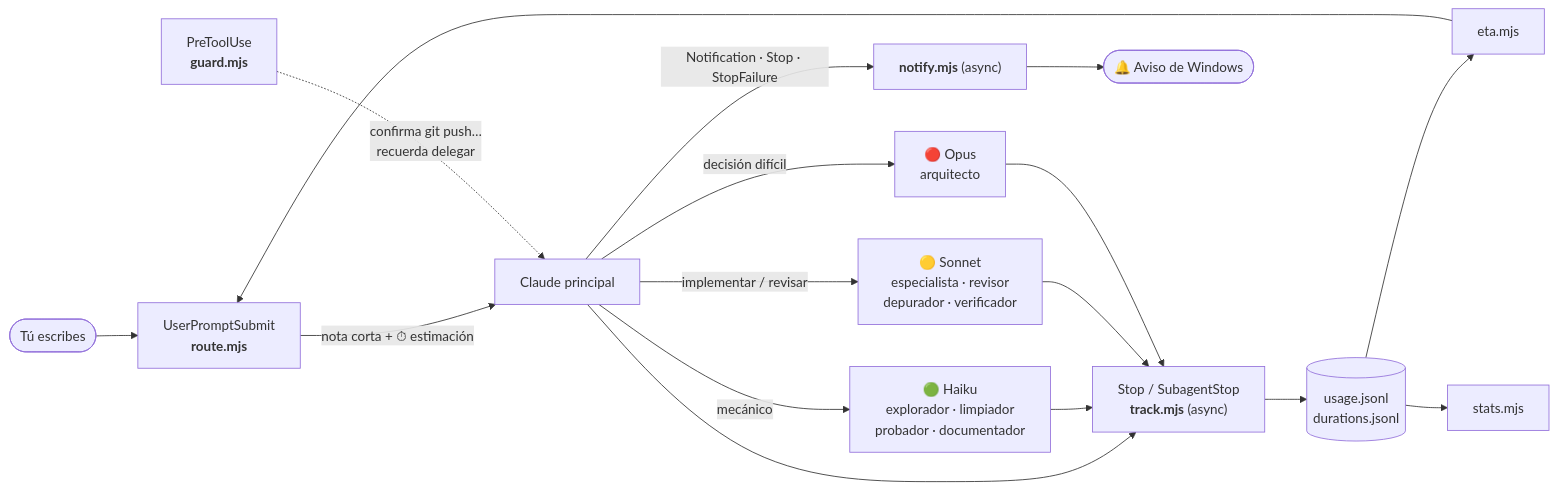
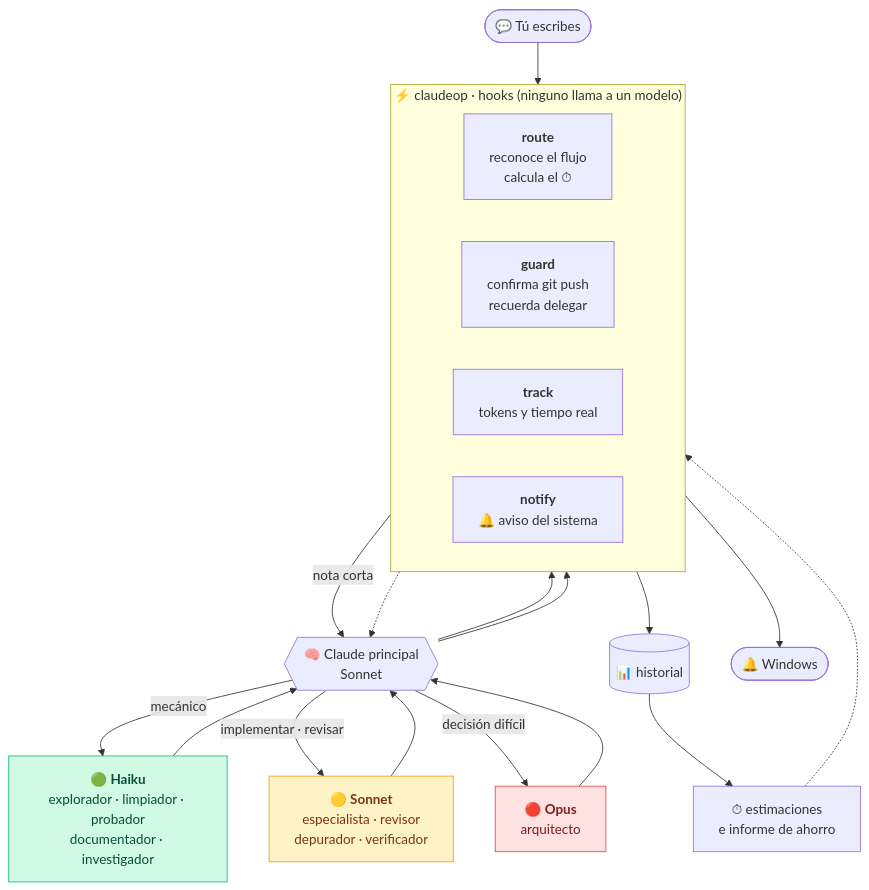
The diagram in README.md (Ivankirito22/ClaudeOP), drawn with Mermaid before and after one commit. The commit also changed other lines of this file and 25 other files, not shown here.

````diff
--- a/README.md
+++ b/README.md
@@ -288,19 +92,34 @@
 ```mermaid
-flowchart LR
-  U([Tú escribes]) --> R["UserPromptSubmit<br/><b>route.mjs</b>"]
-  R -- "nota corta + ⏱ estimación" --> C["Claude principal"]
-  C -- "mecánico" --> H["🟢 Haiku<br/>explorador · limpiador<br/>probador · documentador"]
-  C -- "implementar / revisar" --> S["🟡 Sonnet<br/>especialista · revisor<br/>depurador · verificador"]
-  C -- "decisión difícil" --> O["🔴 Opus<br/>arquitecto"]
-  G["PreToolUse<br/><b>guard.mjs</b>"] -. "confirma git push…<br/>recuerda delegar" .-> C
-  C --> T["Stop / SubagentStop<br/><b>track.mjs</b> (async)"]
-  H --> T
-  S --> T
-  O --> T
-  T --> L[("usage.jsonl<br/>durations.jsonl")]
-  L --> E["eta.mjs"]
-  E --> R
-  L --> ST["stats.mjs"]
-  C -- "Notification · Stop · StopFailure" --> N["<b>notify.mjs</b> (async)"]
-  N --> W(["🔔 Aviso de Windows"])
+flowchart TB
+  U(["💬 Tú escribes"]) --> R
+
+  subgraph PLUGIN ["⚡ claudeop · hooks (ninguno llama a un modelo)"]
+    direction LR
+    R["<b>route</b><br/>reconoce el flujo<br/>calcula el ⏱"]
+    G["<b>guard</b><br/>confirma git push<br/>recuerda delegar"]
+    T["<b>track</b><br/>tokens y tiempo real"]
+    N["<b>notify</b><br/>🔔 aviso del sistema"]
+  end
+
+  R -->|"nota corta"| C{{"🧠 Claude principal<br/>Sonnet"}}
+  G -.-> C
+  C -->|"mecánico"| H["🟢 <b>Haiku</b><br/>explorador · limpiador · probador<br/>documentador · investigador"]
+  C -->|"implementar · revisar"| S["🟡 <b>Sonnet</b><br/>especialista · revisor<br/>depurador · verificador"]
+  C -->|"decisión difícil"| O["🔴 <b>Opus</b><br/>arquitecto"]
+  H --> C
+  S --> C
+  O --> C
+  C --> T
+  C --> N
+  T --> L[("📊 historial")]
+  L --> E["⏱ estimaciones<br/>e informe de ahorro"]
+  E -.-> R
+  N --> W(["🔔 Windows"])
+
+  classDef cheap fill:#d1fae5,stroke:#10b981,color:#064e3b
+  classDef mid fill:#fef3c7,stroke:#f59e0b,color:#78350f
+  classDef top fill:#fee2e2,stroke:#ef4444,color:#7f1d1d
+  class H cheap
+  class S mid
+  class O top
 ```
````
